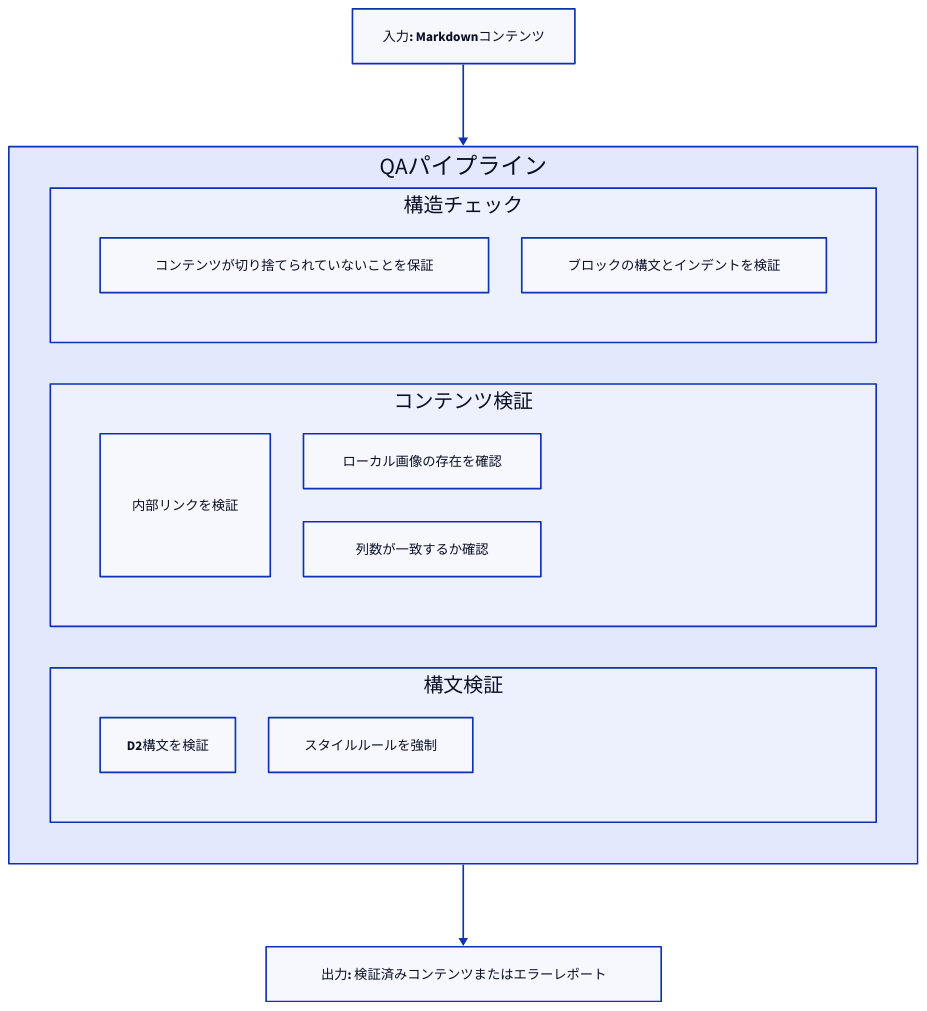
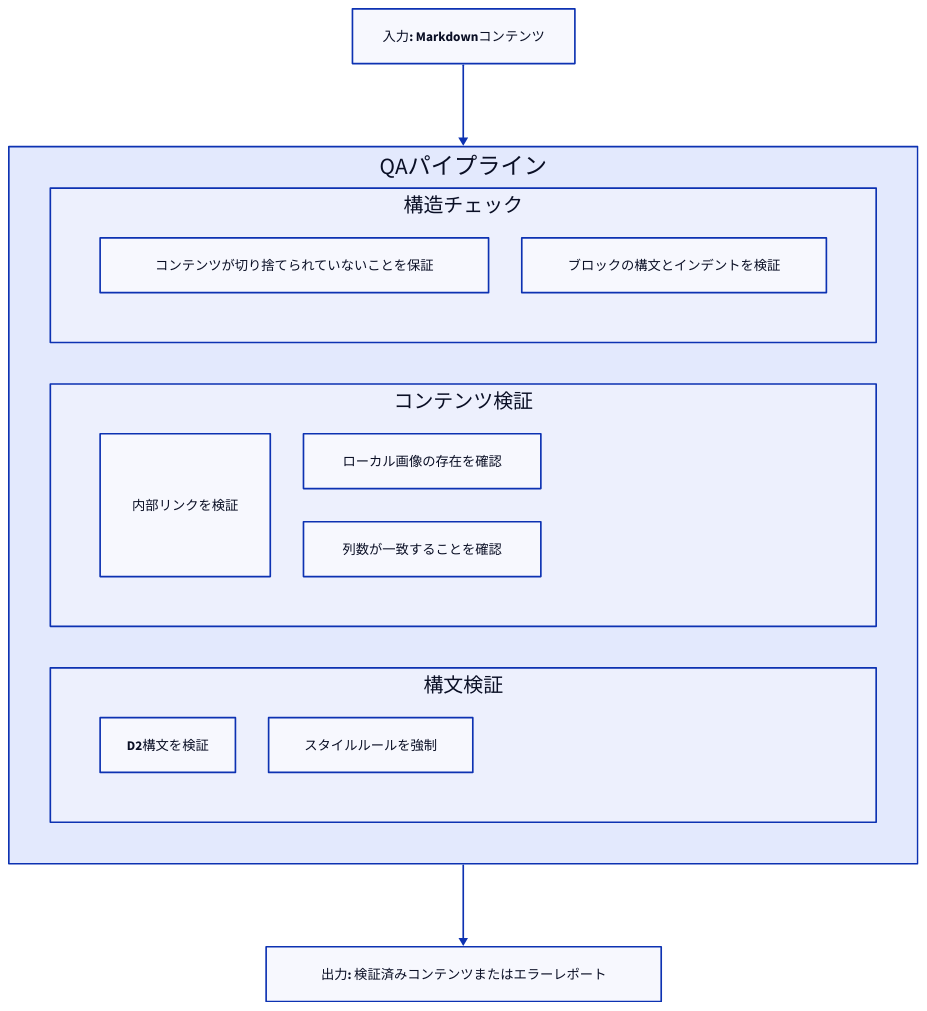
One commit to AIGNE-io/aigne-doc-smith changed the diagram in docs/advanced-quality-assurance.ja.md. Above: the diagram before and after it, drawn with D2. The commit also changed other lines of this file and 65 other files, not shown here.

````diff
--- a/docs/advanced-quality-assurance.ja.md
+++ b/docs/advanced-quality-assurance.ja.md
@@ -7,48 +7,48 @@
 ```d2
 direction: down
 
 Input-Markdown-Content: {
   label: "入力: Markdownコンテンツ"
   shape: rectangle
 }
 
 QA-Pipeline: {
   label: "QAパイプライン"
   shape: rectangle
   grid-columns: 1
   grid-gap: 50
 
   Structural-Checks: {
     label: "構造チェック"
     shape: rectangle
     grid-columns: 2
     Completeness: "コンテンツが切り捨てられていないことを保証"
     Code-Blocks: "ブロックの構文とインデントを検証"
   }
 
   Content-Validation: {
     label: "コンテンツ検証"
     shape: rectangle
     grid-columns: 2
     Link-Integrity: "内部リンクを検証"
     Image-Paths: "ローカル画像の存在を確認"
-    Table-Formatting: "列数が一致するか確認"
+    Table-Formatting: "列数が一致することを確認"
   }
 
   Syntax-Validation: {
     label: "構文検証"
     shape: rectangle
     grid-columns: 2
     D2-Diagrams: "D2構文を検証"
     Markdown-Linting: "スタイルルールを強制"
   }
 }
 
 Output-Validated-Content-or-Error-Report: {
   label: "出力: 検証済みコンテンツまたはエラーレポート"
   shape: rectangle
 }
 
 Input-Markdown-Content -> QA-Pipeline
 QA-Pipeline -> Output-Validated-Content-or-Error-Report
 ```
````
